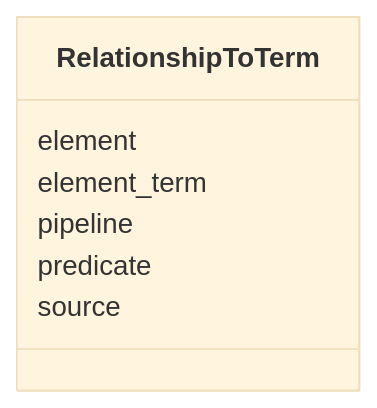
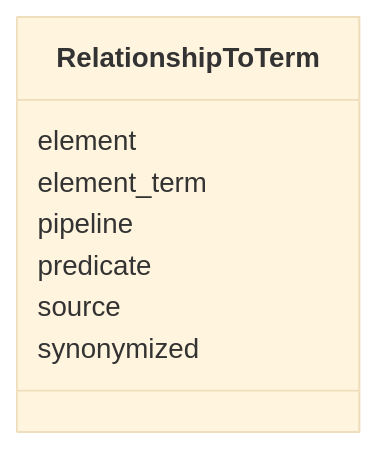
Before and after one commit to INCATools/ontology-access-kit: the diagram in mapping-rules/RelationshipToTerm.md, drawn with Mermaid (base theme). The commit also changed other lines of this file and 117 other files, not shown here.

````diff
--- a/mapping-rules/RelationshipToTerm.md
+++ b/mapping-rules/RelationshipToTerm.md
@@ -13,10 +13,11 @@
 ```{mermaid}
  classDiagram
     class RelationshipToTerm
       RelationshipToTerm : element
       RelationshipToTerm : element_term
       RelationshipToTerm : pipeline
       RelationshipToTerm : predicate
       RelationshipToTerm : source
+      RelationshipToTerm : synonymized
       
 ```
````
